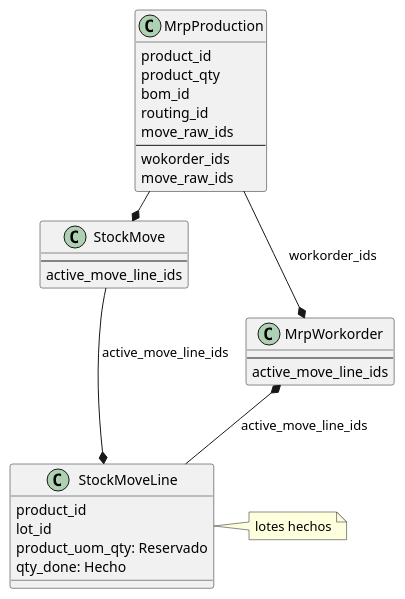
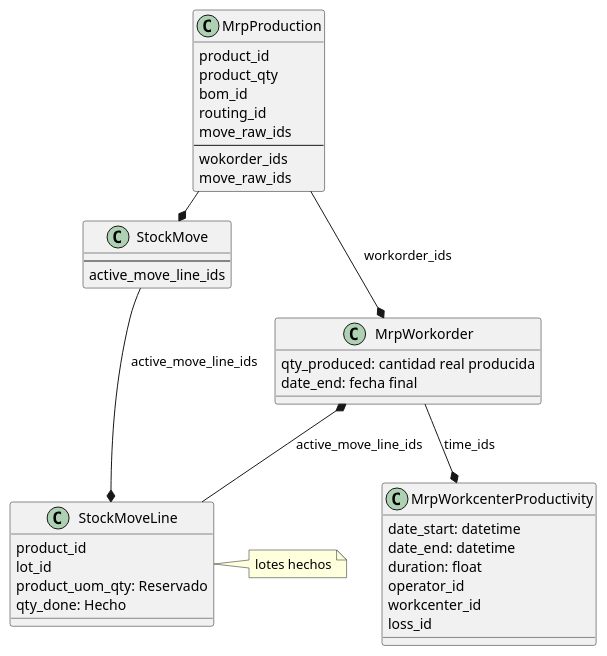
Before and after one commit to sebatista/cl-amic: the diagram in doc/mrp.puml, drawn with PlantUML. The commit also changed 29 other files, not shown here.

```diff
--- a/doc/mrp.puml
+++ b/doc/mrp.puml
@@ -1,37 +1,48 @@
-@startuml
+@startuml amic
+
 class MrpProduction{
 product_id
 product_qty
 bom_id
 routing_id
 move_raw_ids
 --
 wokorder_ids
 move_raw_ids
 }
 
 class MrpWorkorder {
---
-active_move_line_ids
+    qty_produced: cantidad real producida
+    date_end: fecha final
+}
+
+class MrpWorkcenterProductivity {
+    date_start: datetime
+    date_end: datetime
+    duration: float
+    operator_id
+    workcenter_id
+    loss_id
 }
 
 class StockMoveLine {
 product_id
 lot_id
 product_uom_qty: Reservado
 qty_done: Hecho
 }
 
 class StockMove {
 --
 active_move_line_ids
 }
 
 MrpWorkorder *-- StockMoveLine : active_move_line_ids
+MrpWorkorder --* MrpWorkcenterProductivity : time_ids
 MrpProduction --* MrpWorkorder : workorder_ids
 MrpProduction -* StockMove: move_raw_ids
 StockMove -* StockMoveLine: active_move_line_ids
 
 note right of StockMoveLine : lotes hechos
 
 @enduml
```
